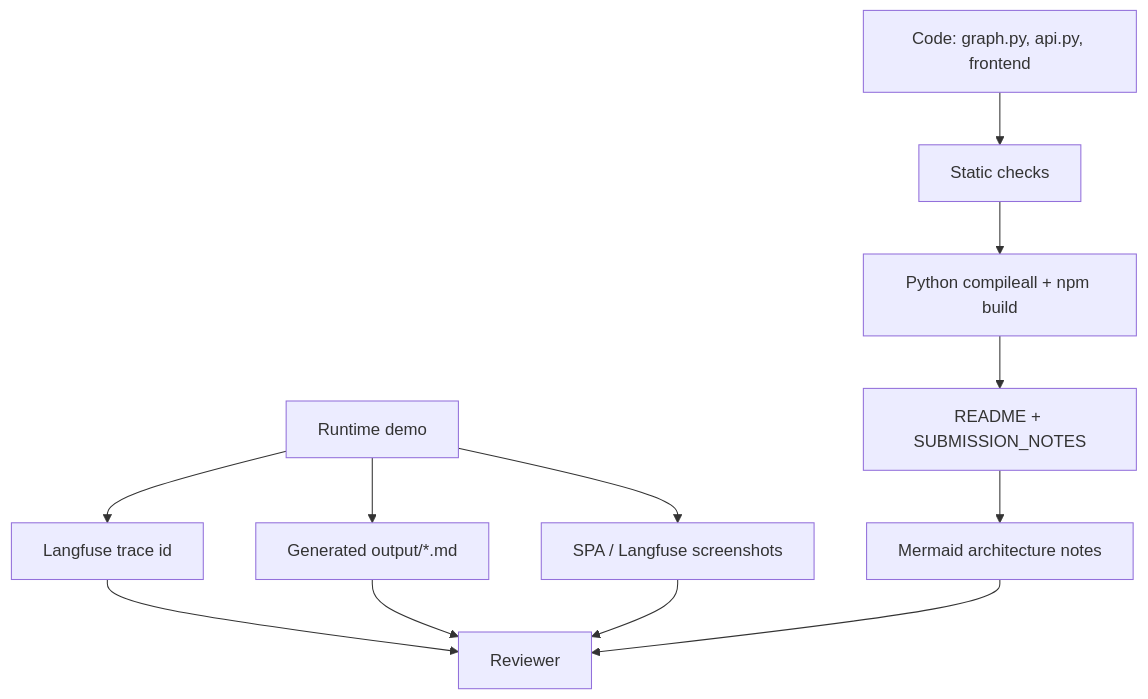
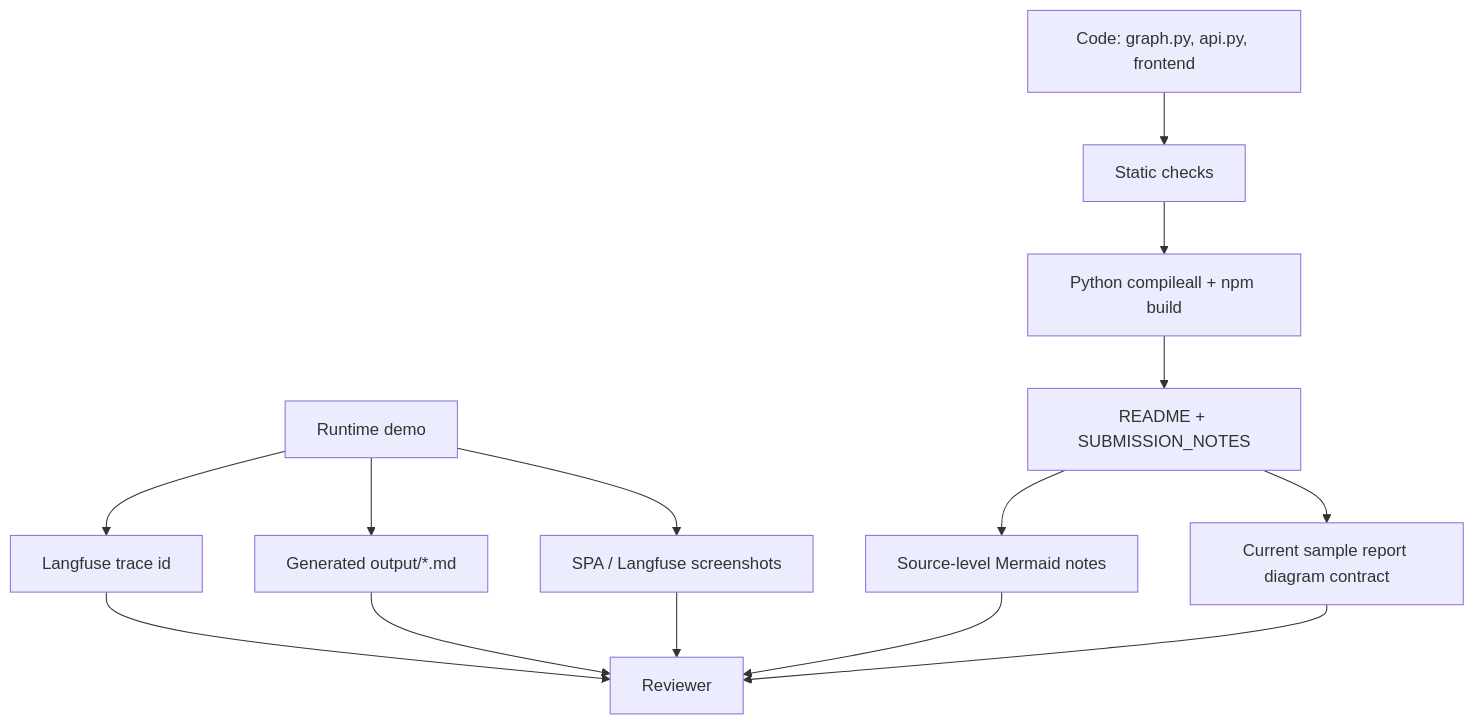
One commit to Turkevich91/multi-agent-systems-robotdreams changed the seventh of 7 diagrams in course-project-market-analyst/uml_diagrams/COURSE_PROJECT_MARKET_ANALYST_MERMAID.md. Above: the diagram before and after it, drawn with Mermaid. The commit also changed other lines of this file and 8 other files, not shown here.

Commit message:
Align course project diagrams with runtime logic

````diff
--- a/course-project-market-analyst/uml_diagrams/COURSE_PROJECT_MARKET_ANALYST_MERMAID.md
+++ b/course-project-market-analyst/uml_diagrams/COURSE_PROJECT_MARKET_ANALYST_MERMAID.md
@@ -118,14 +135,16 @@
 ```mermaid
 flowchart TD
     Code["Code: graph.py, api.py, frontend"] --> Static["Static checks"]
     Static --> Build["Python compileall + npm build"]
     Build --> Docs["README + SUBMISSION_NOTES"]
-    Docs --> Diagrams["Mermaid architecture notes"]
+    Docs --> Diagrams["Source-level Mermaid notes"]
+    Docs --> Sample["Current sample report diagram contract"]
     Runtime["Runtime demo"] --> Trace["Langfuse trace id"]
     Runtime --> Report["Generated output/*.md"]
     Runtime --> Screens["SPA / Langfuse screenshots"]
     Trace --> Reviewer["Reviewer"]
     Report --> Reviewer
     Screens --> Reviewer
     Diagrams --> Reviewer
+    Sample --> Reviewer
 ```
````
